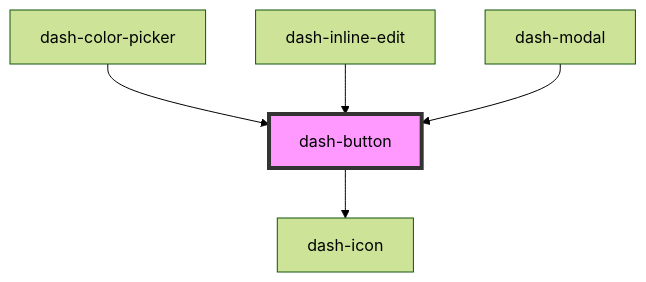
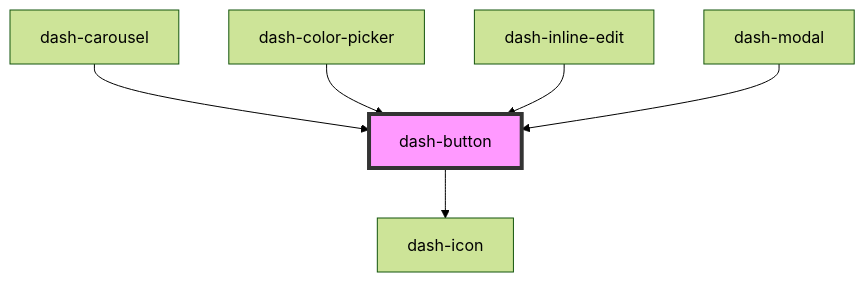
The diagram in packages/dash-components/src/components/dash-button/readme.md (jmanke/dash), drawn with Mermaid (forest theme) before and after one commit. The commit also changed other lines of this file and 10 other files, not shown here.

````diff
--- a/packages/dash-components/src/components/dash-button/readme.md
+++ b/packages/dash-components/src/components/dash-button/readme.md
@@ -48,8 +49,9 @@
 ```mermaid
 graph TD;
   dash-button --> dash-icon
+  dash-carousel --> dash-button
   dash-color-picker --> dash-button
   dash-inline-edit --> dash-button
   dash-modal --> dash-button
   style dash-button fill:#f9f,stroke:#333,stroke-width:4px
 ```
````
